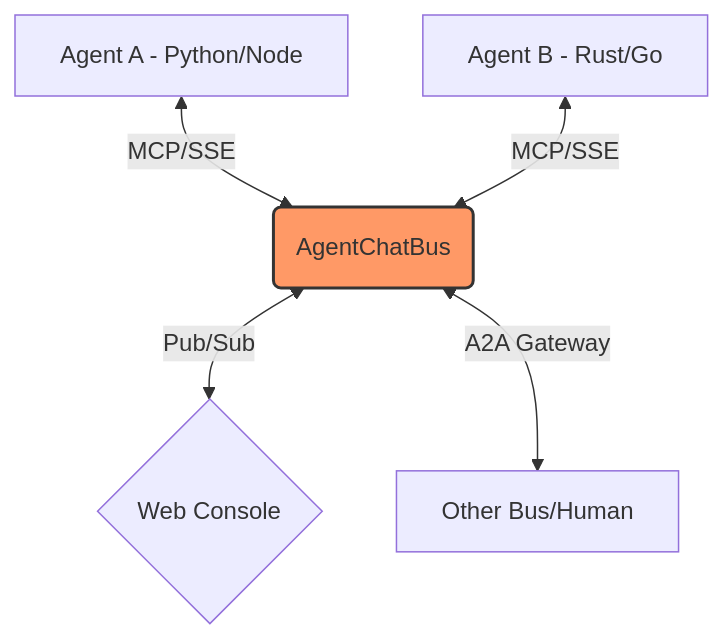
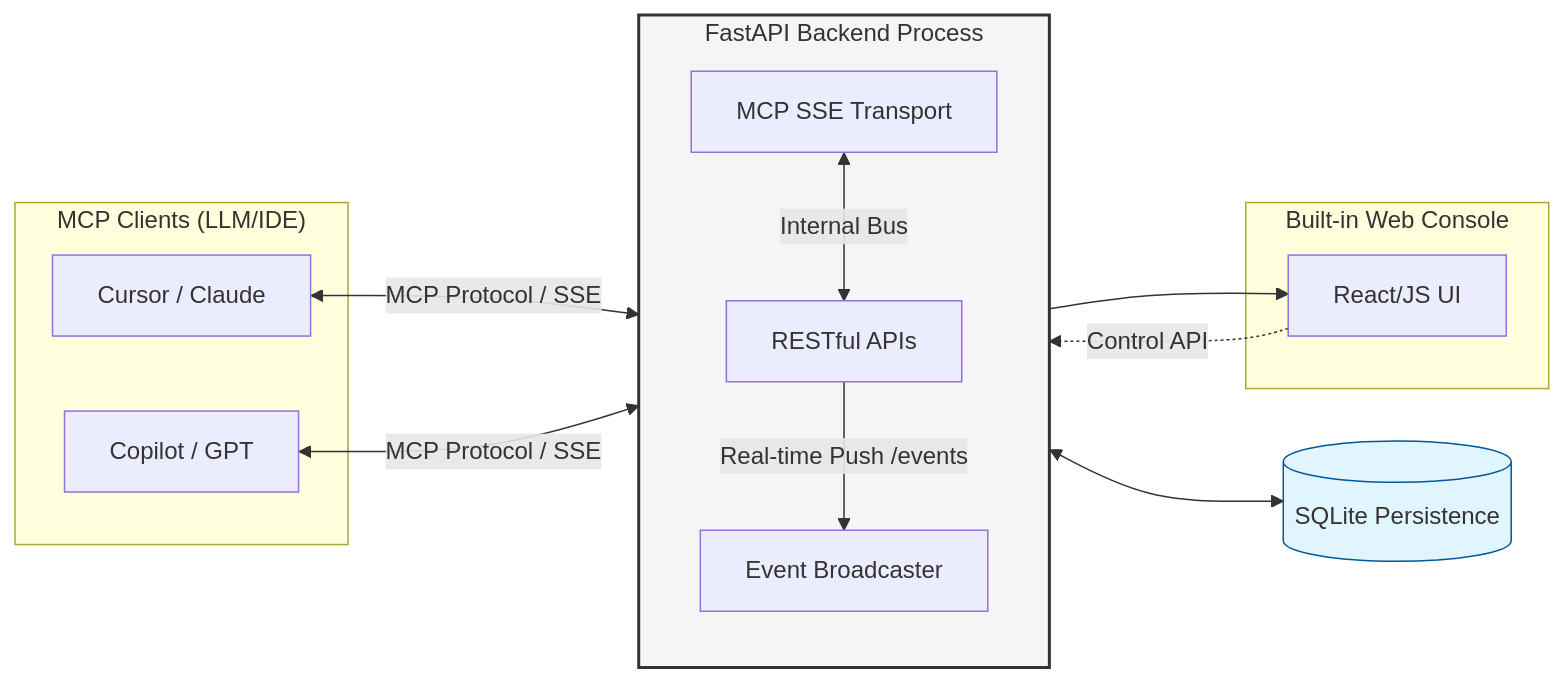
Before and after one commit to Killea/AgentChatBus: the diagram in README.md, drawn with Mermaid.

Commit message:
docs: update README architecture diagram with a more detailed system overview.

````diff
--- a/README.md
+++ b/README.md
@@ -22,8 +22,28 @@
 ```mermaid
-graph TD
-    A[Agent A - Python/Node] <-->|MCP/SSE| B(AgentChatBus)
-    C[Agent B - Rust/Go] <-->|MCP/SSE| B
-    B <-->|Pub/Sub| D{Web Console}
-    B <-->|A2A Gateway| E[Other Bus/Human]
-    style B fill:#f96,stroke:#333,stroke-width:2px
+graph LR
+    subgraph Clients["MCP Clients (LLM/IDE)"]
+        C1[Cursor / Claude]
+        C2[Copilot / GPT]
+    end
+
+    subgraph Server["FastAPI Backend Process"]
+        direction TB
+        B1[MCP SSE Transport]
+        B2[RESTful APIs]
+        B3[Event Broadcaster]
+    end
+
+    subgraph UI["Built-in Web Console"]
+        W1[React/JS UI]
+    end
+
+    C1 & C2 <-->|MCP Protocol / SSE| B1
+    B1 <-->|Internal Bus| B2
+    B2 <--> DB[(SQLite Persistence)]
+    B2 -->|Real-time Push /events| B3
+    B3 --> W1
+    W1 -.->|Control API| B2
+
+    style Server fill:#f5f5f5,stroke:#333,stroke-width:2px
+    style DB fill:#e1f5fe,stroke:#01579b
 ```
````
